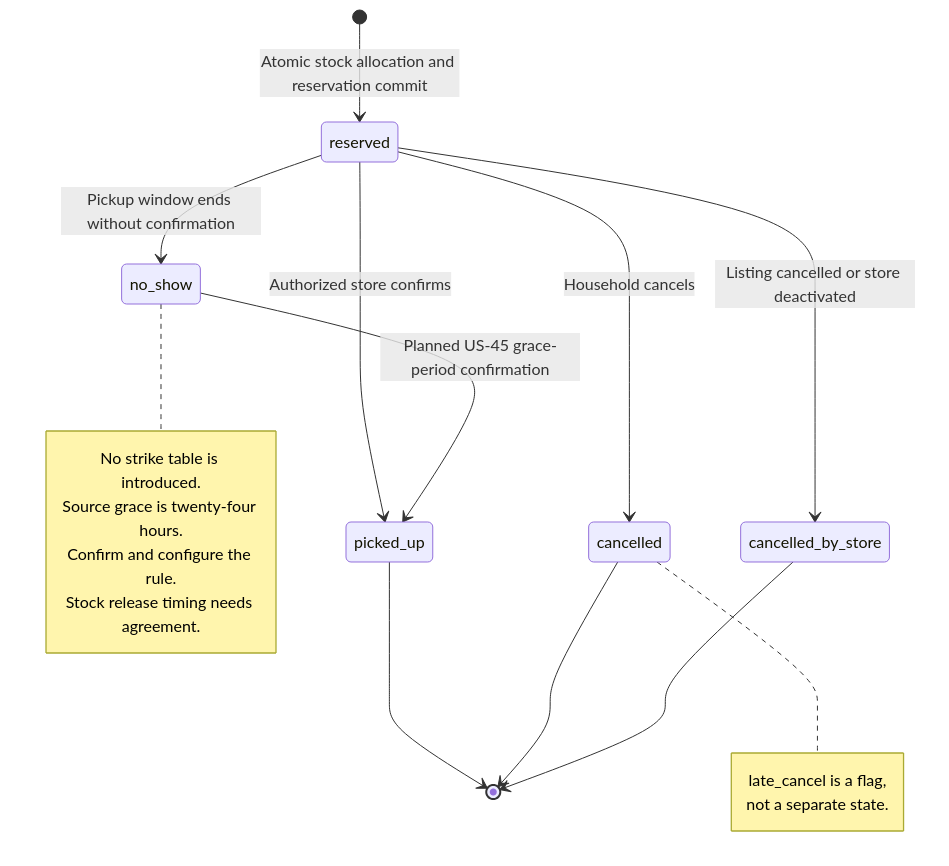
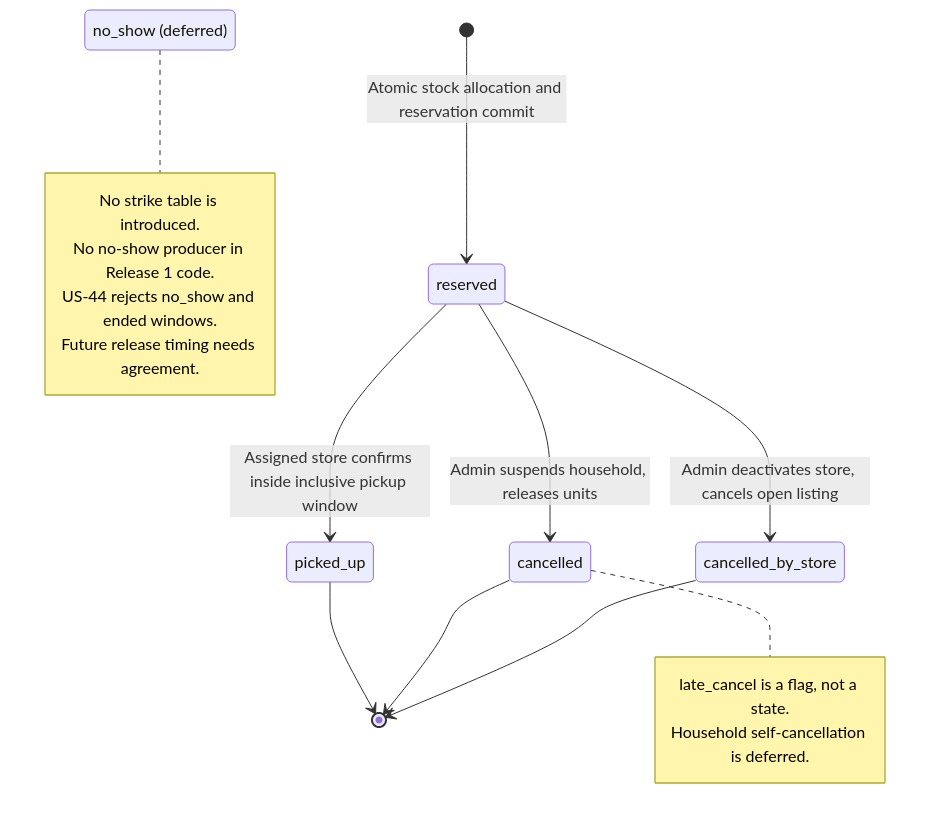
One commit to B-A-D-R-SL/iris changed the fifth of 5 diagrams in docs/04-architecture/architecture-workflows.md. Above: the diagram before and after it, drawn with Mermaid. The commit also changed other lines of this file and 9 other files, not shown here.

Commit message:
SET-21 docs(architecture): reconcile Release 1 documentation with implementation

````diff
--- a/docs/04-architecture/architecture-workflows.md
+++ b/docs/04-architecture/architecture-workflows.md
@@ -330,26 +463,25 @@
 ```mermaid
 
 stateDiagram-v2
+    state "no_show (deferred)" as no_show
     [*] --> reserved: Atomic stock allocation and reservation commit
-    reserved --> picked_up: Authorized store confirms
-    reserved --> cancelled: Household cancels
-    reserved --> cancelled_by_store: Listing cancelled or store deactivated
-    reserved --> no_show: Pickup window ends without confirmation
-    no_show --> picked_up: Planned US-45 grace-period confirmation
+    reserved --> picked_up: Assigned store confirms inside inclusive pickup window
+    reserved --> cancelled: Admin suspends household, releases units
+    reserved --> cancelled_by_store: Admin deactivates store, cancels open listing
 
     picked_up --> [*]
     cancelled --> [*]
     cancelled_by_store --> [*]
 
     note right of cancelled
-        late_cancel is a flag,
-        not a separate state.
+        late_cancel is a flag, not a state.
+        Household self-cancellation is deferred.
     end note
 
     note right of no_show
         No strike table is introduced.
-        Source grace is twenty-four hours.
-        Confirm and configure the rule.
-        Stock release timing needs agreement.
+        No no-show producer in Release 1 code.
+        US-44 rejects no_show and ended windows.
+        Future release timing needs agreement.
     end note
 ```
````
